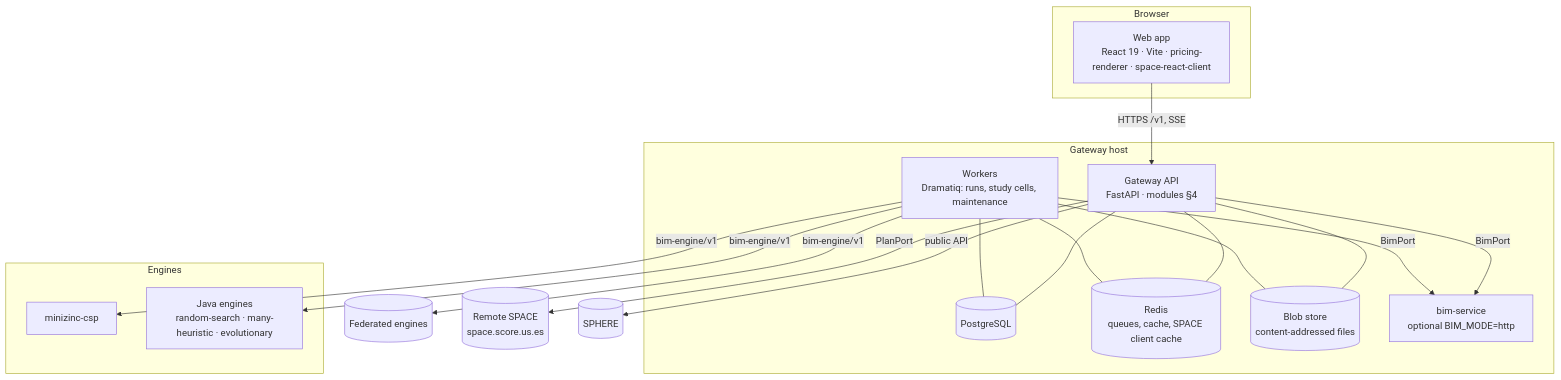
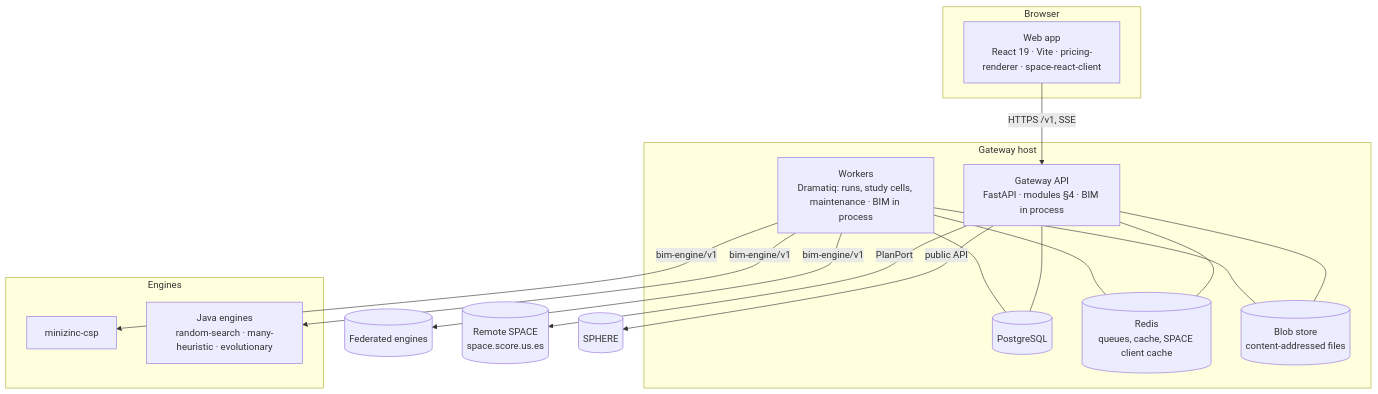
The second of 6 diagrams in docs/ARCHITECTURE.md (isa-group/OpenBinding), drawn with Mermaid before and after one commit. The commit also changed other lines of this file and 13 other files, not shown here.

````diff
--- a/docs/ARCHITECTURE.md
+++ b/docs/ARCHITECTURE.md
@@ -69,26 +69,24 @@
 ```mermaid
 flowchart TB
   subgraph Browser
     WEB[Web app<br/>React 19 · Vite · pricing-renderer · space-react-client]
   end
   subgraph Gateway host
-    API[Gateway API<br/>FastAPI · modules §4]
-    WRK[Workers<br/>Dramatiq: runs, study cells, maintenance]
+    API[Gateway API<br/>FastAPI · modules §4 · BIM in process]
+    WRK[Workers<br/>Dramatiq: runs, study cells, maintenance · BIM in process]
     PG[(PostgreSQL)]
     RD[(Redis<br/>queues, cache, SPACE client cache)]
     BL[(Blob store<br/>content-addressed files)]
-    BIM[bim-service<br/>optional BIM_MODE=http]
   end
   subgraph Engines
     MZ[minizinc-csp]
     JV[Java engines<br/>random-search · many-heuristic · evolutionary]
   end
   WEB -- HTTPS /v1, SSE --> API
   API --- PG & RD & BL
   WRK --- PG & RD & BL
-  API & WRK -- BimPort --> BIM
   WRK -- bim-engine/v1 --> MZ & JV
   WRK -- bim-engine/v1 --> FED[(Federated engines)]
   API -- PlanPort --> SPA[(Remote SPACE<br/>space.score.us.es)]
   API -- public API --> SPH[(SPHERE)]
 ```
````
